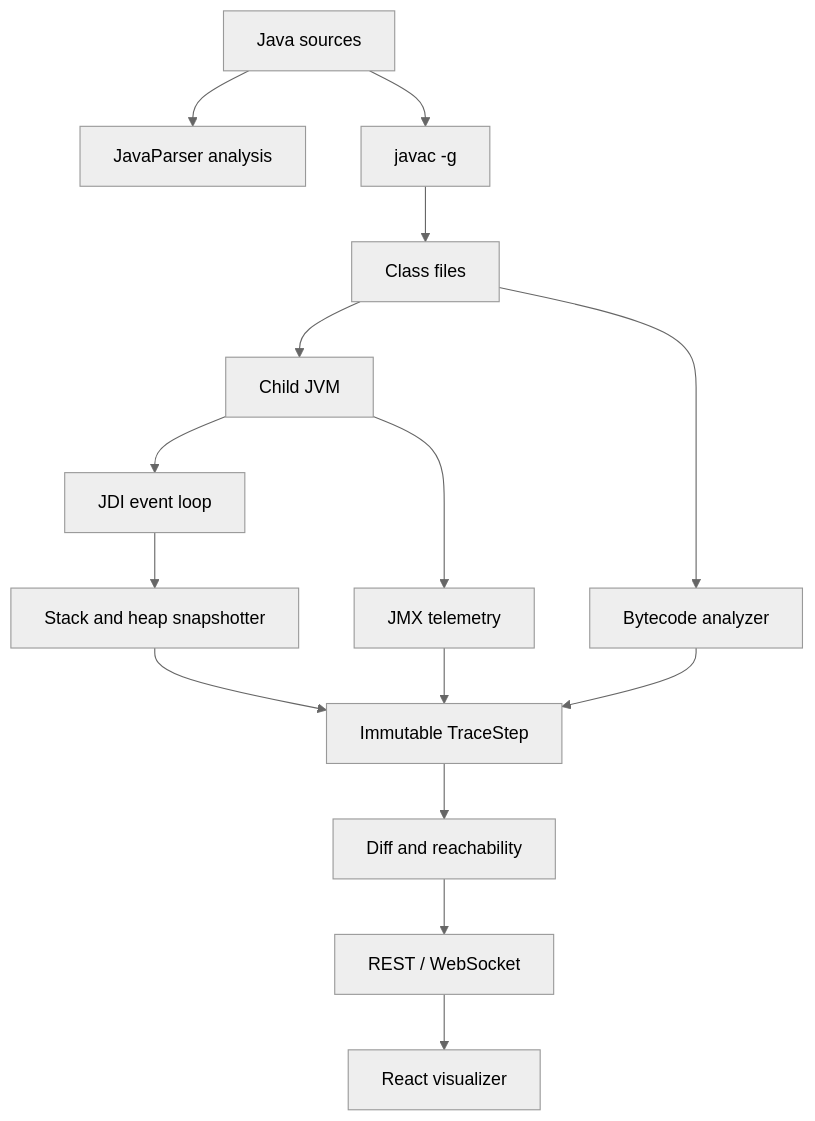
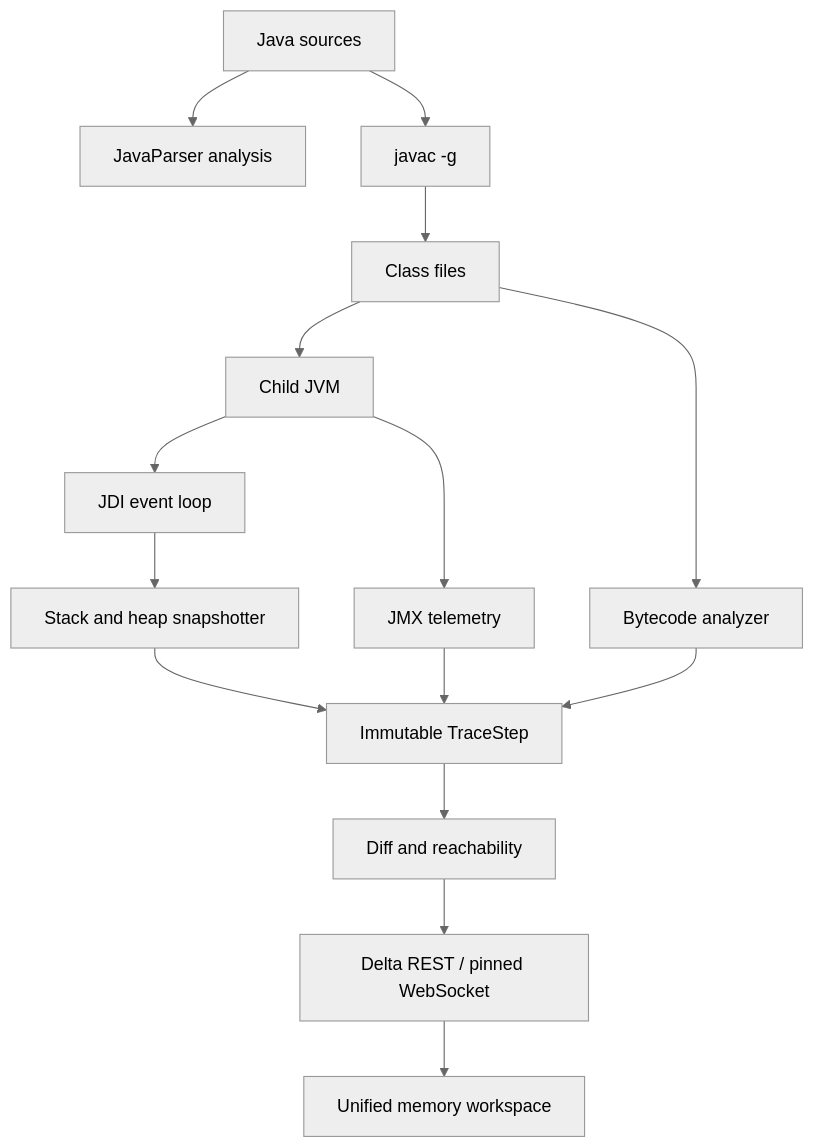
One commit to Kanish2002/jvm-lens changed the diagram in docs/ARCHITECTURE.md. Above: the diagram before and after it, drawn with Mermaid (neutral theme). The commit also changed other lines of this file and 38 other files, not shown here.

Commit message:
feat: unify JVM memory workspace and stabilize sessions

````diff
--- a/docs/ARCHITECTURE.md
+++ b/docs/ARCHITECTURE.md
@@ -3,17 +3,17 @@
 ```mermaid
 flowchart TD
   A[Java sources] --> B[JavaParser analysis]
   A --> C[javac -g]
   C --> D[Class files]
   D --> E[Child JVM]
   D --> F[Bytecode analyzer]
   E --> G[JDI event loop]
   E --> H[JMX telemetry]
   G --> I[Stack and heap snapshotter]
   I --> J[Immutable TraceStep]
   F --> J
   H --> J
   J --> K[Diff and reachability]
-  K --> L[REST / WebSocket]
-  L --> M[React visualizer]
+  K --> L[Delta REST / pinned WebSocket]
+  L --> M[Unified memory workspace]
 ```
````
